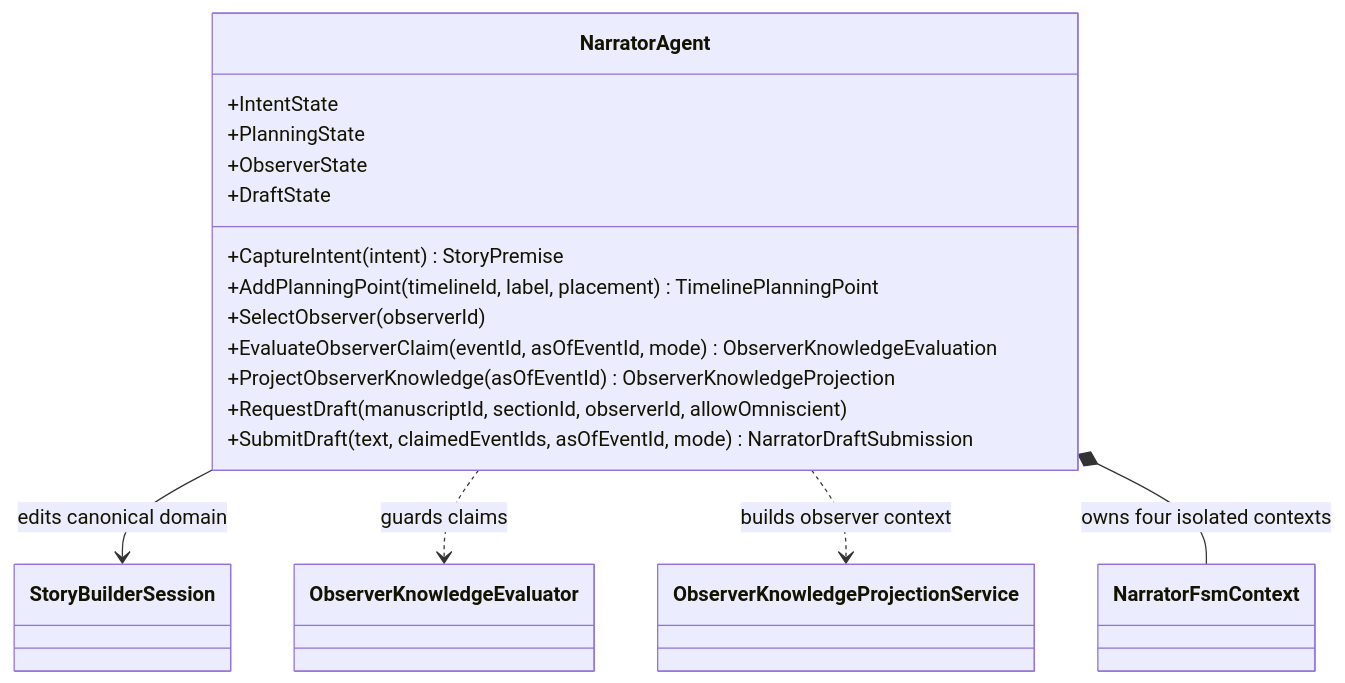
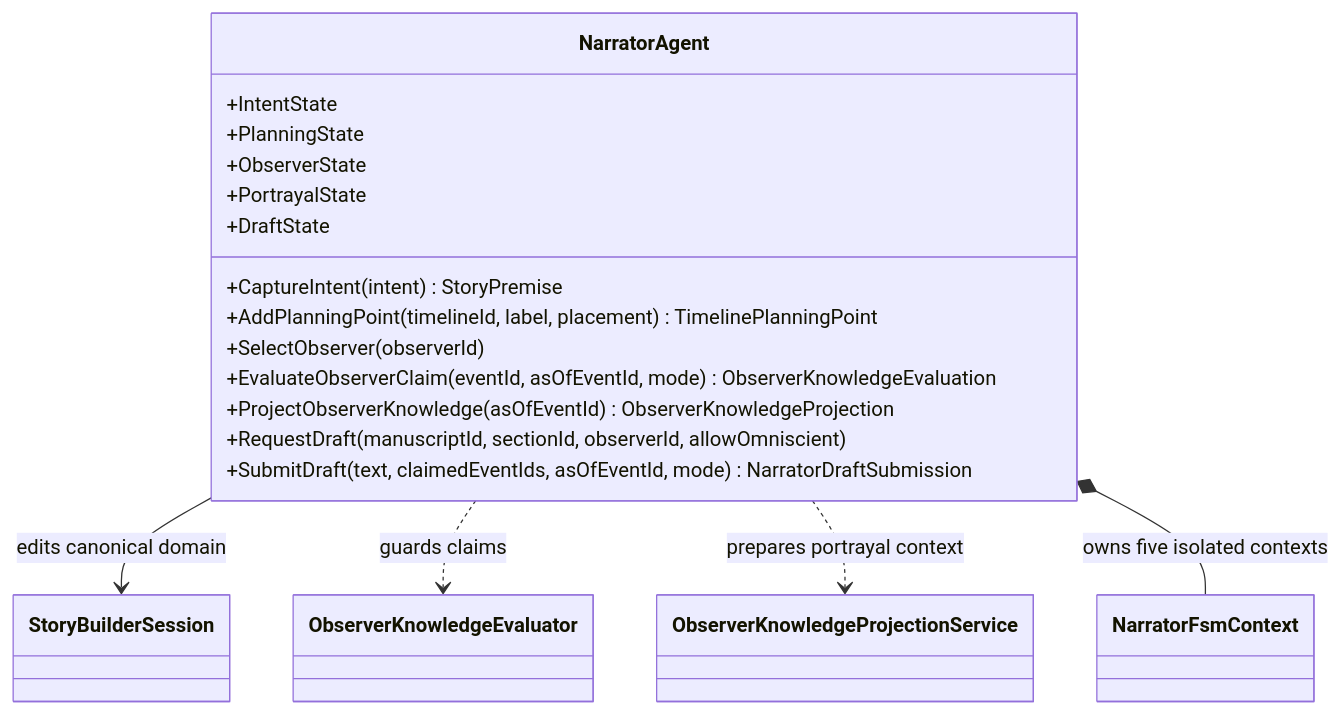
Before and after one commit to TrentBest/StoryBuilder: the diagram in docs/UML/NarratorAgentUML.md, drawn with Mermaid. The commit also changed other lines of this file and 4 other files, not shown here.

Commit message:
Separate portrayal preparation into its own Narrator FSM

````diff
--- a/docs/UML/NarratorAgentUML.md
+++ b/docs/UML/NarratorAgentUML.md
@@ -3,24 +3,25 @@
 ```mermaid
 classDiagram
     class NarratorAgent {
         +IntentState
         +PlanningState
         +ObserverState
+        +PortrayalState
         +DraftState
         +CaptureIntent(intent) StoryPremise
         +AddPlanningPoint(timelineId, label, placement) TimelinePlanningPoint
         +SelectObserver(observerId)
         +EvaluateObserverClaim(eventId, asOfEventId, mode) ObserverKnowledgeEvaluation
         +ProjectObserverKnowledge(asOfEventId) ObserverKnowledgeProjection
         +RequestDraft(manuscriptId, sectionId, observerId, allowOmniscient)
         +SubmitDraft(text, claimedEventIds, asOfEventId, mode) NarratorDraftSubmission
     }
     class StoryBuilderSession
     class ObserverKnowledgeEvaluator
     class ObserverKnowledgeProjectionService
     class NarratorFsmContext
     NarratorAgent --> StoryBuilderSession : edits canonical domain
     NarratorAgent ..> ObserverKnowledgeEvaluator : guards claims
-    NarratorAgent ..> ObserverKnowledgeProjectionService : builds observer context
-    NarratorAgent *-- NarratorFsmContext : owns four isolated contexts
+    NarratorAgent ..> ObserverKnowledgeProjectionService : prepares portrayal context
+    NarratorAgent *-- NarratorFsmContext : owns five isolated contexts
 ```
````
